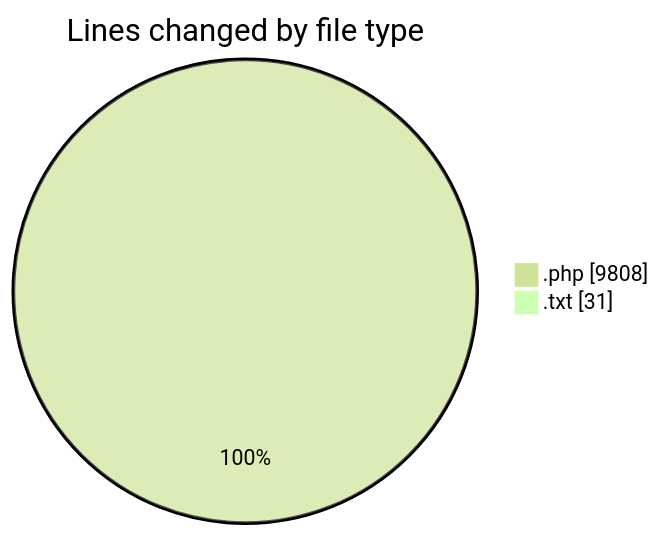
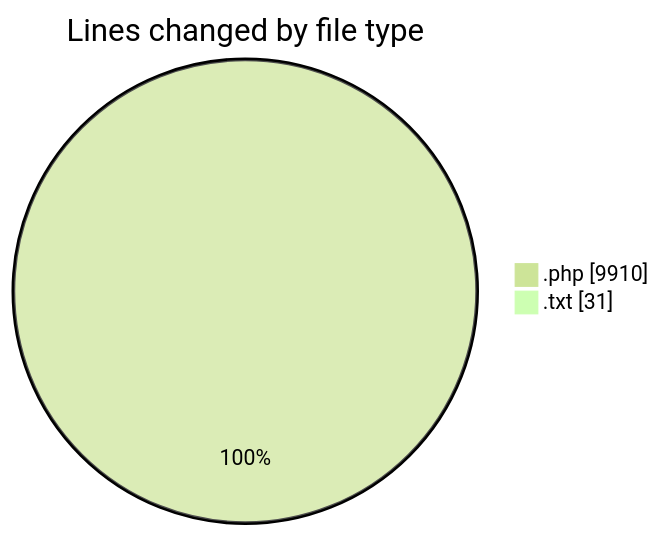
One commit to debugP/code-tracking changed the first of 2 diagrams in 2025-10-17/untitled__workspace_/README.md. Above: the diagram before and after it, drawn with Mermaid (forest theme). The commit also changed other lines of this file and 1 other file, not shown here.

````diff
--- a/2025-10-17/untitled__workspace_/README.md
+++ b/2025-10-17/untitled__workspace_/README.md
@@ -24,6 +25,6 @@
 ```mermaid
 pie showData
 title Lines changed by file type
-".php" : 9808
+".php" : 9910
 ".txt" : 31
 ```
````
